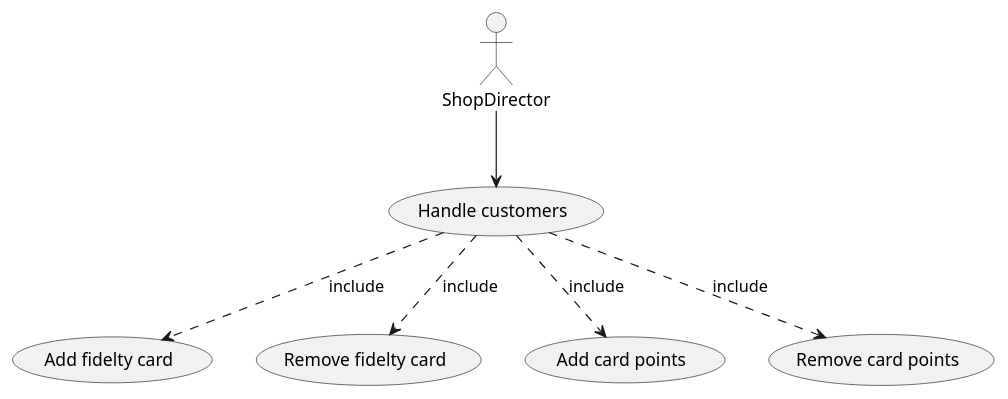
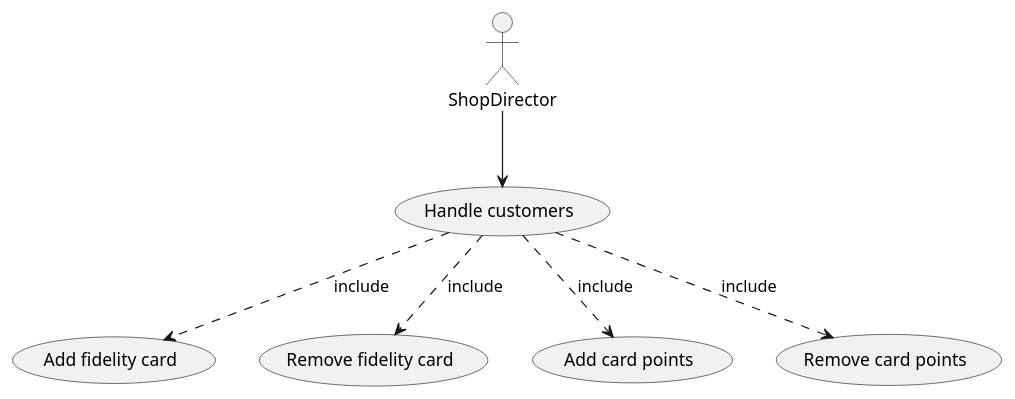
Before and after one commit to Stormz4/group20-EzShop: the fifth of 9 diagrams in Deliverables/RequirementsDocument.md, drawn with PlantUML. The commit also changed other lines of this file, not shown here.

````diff
--- a/Deliverables/RequirementsDocument.md
+++ b/Deliverables/RequirementsDocument.md
@@ -321,11 +321,11 @@
 ```plantuml
 @startuml
 
 :ShopDirector: --> (Handle customers)
-(Handle customers) ..> (Add fidelty card) : include
-(Handle customers) ..> (Remove fidelty card) : include
+(Handle customers) ..> (Add fidelity card) : include
+(Handle customers) ..> (Remove fidelity card) : include
 (Handle customers) ..> (Add card points) : include
 (Handle customers) ..> (Remove card points) : include
 
 @enduml
 ```
````
